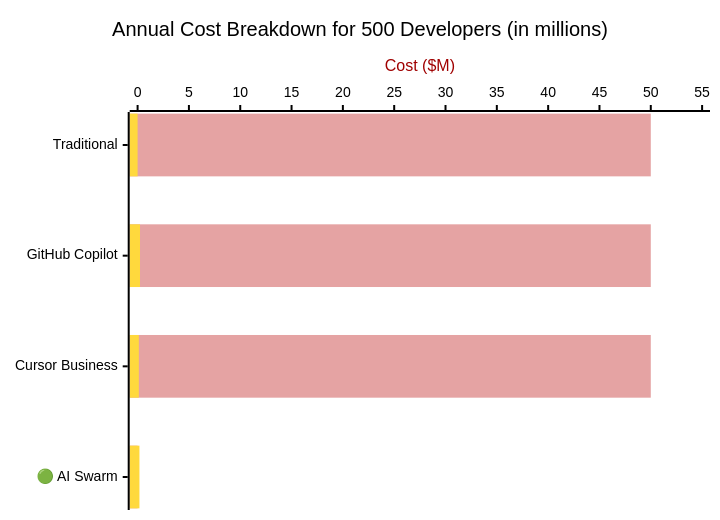
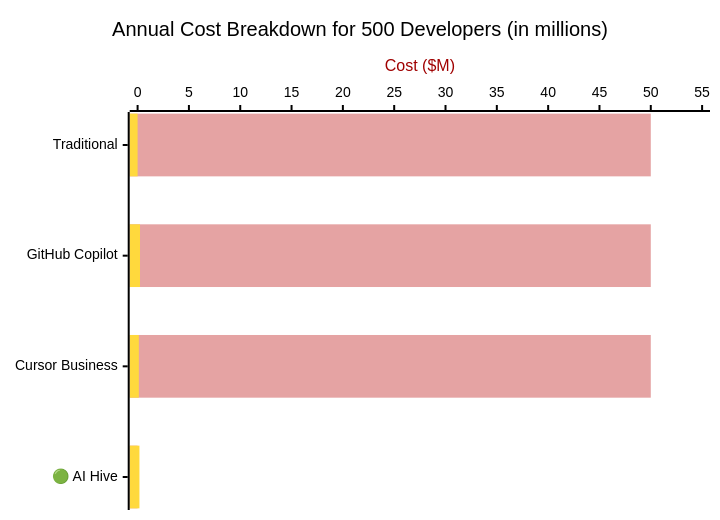
The third of 9 diagrams in business-documents/market-analysis/06-pricing-analysis.md (o2alexanderfedin/AI-Hive-Business-Docs), drawn with Mermaid before and after one commit. The commit also changed other lines of this file and 22 other files, not shown here.

First line of the commit message:
Replace all references from 'AI Swarm' to 'AI Hive' across project

````diff
--- a/business-documents/market-analysis/06-pricing-analysis.md
+++ b/business-documents/market-analysis/06-pricing-analysis.md
@@ -167,26 +167,26 @@
 ```mermaid
 ---
 config:
   themeVariables:
     xyChart:
       backgroundColor: transparent
       plotColorPalette: "#E5A3A3, #FFD93D, #6BCF7F"
       plotBorderColor: "#000000, #E6C230, #4CAF50"
       plotBorderWidth: 2
       titleColor: "#000000"
       xAxisLabelColor: "#000000"
       xAxisTitleColor: "#000000"
       xAxisTickColor: "#000000"
       xAxisLineColor: "#000000"
       yAxisLabelColor: "#000000"
       yAxisTitleColor: "#A00000"
       yAxisTickColor: "#000000"
       yAxisLineColor: "#000000"
 ---
 xychart-beta horizontal
     title "Annual Cost Breakdown for 500 Developers (in millions)"
-    x-axis ["Traditional", "GitHub Copilot", "Cursor Business", "🟢 AI Swarm"]
+    x-axis ["Traditional", "GitHub Copilot", "Cursor Business", "🟢 AI Hive"]
     y-axis "Cost ($M)" 0 --> 55
     bar "Developer Costs" [50.00, 50.00, 50.00, 0]
     bar "Tool/Platform Costs" [0, 0.234, 0.12, 0.18]
 ```
````
